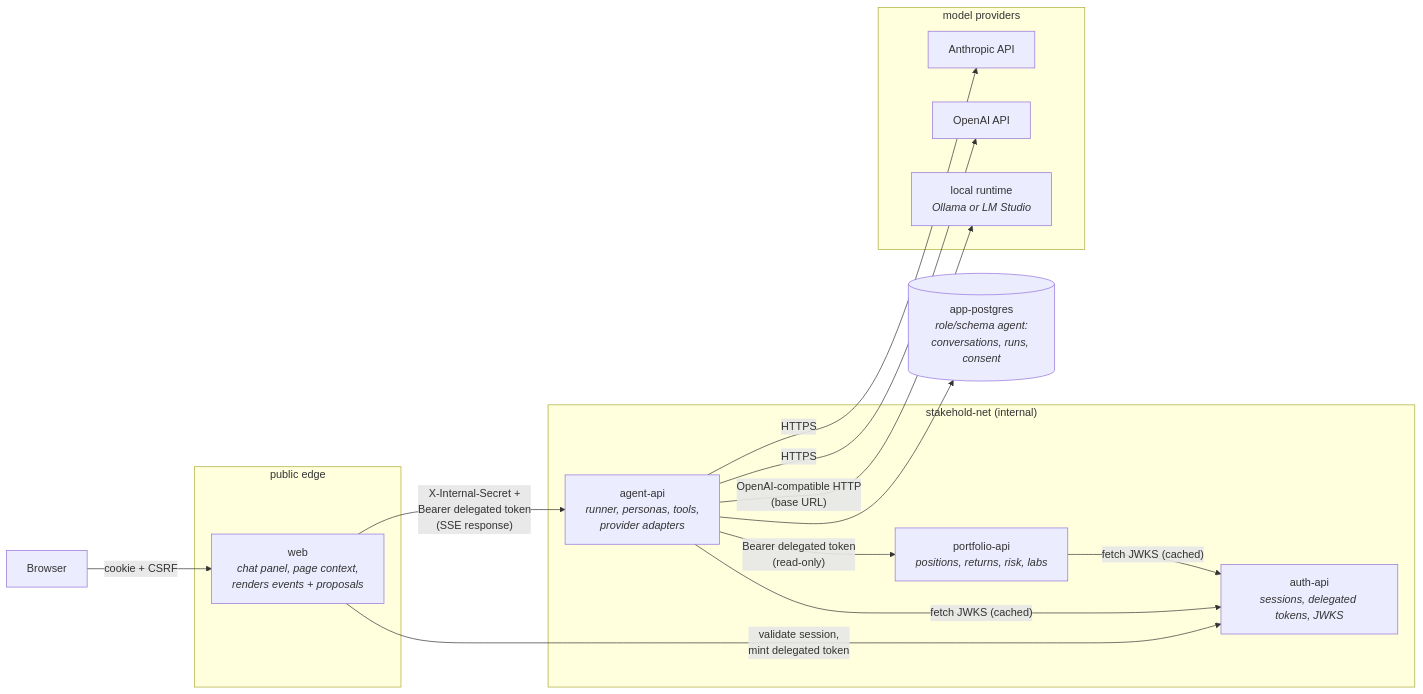
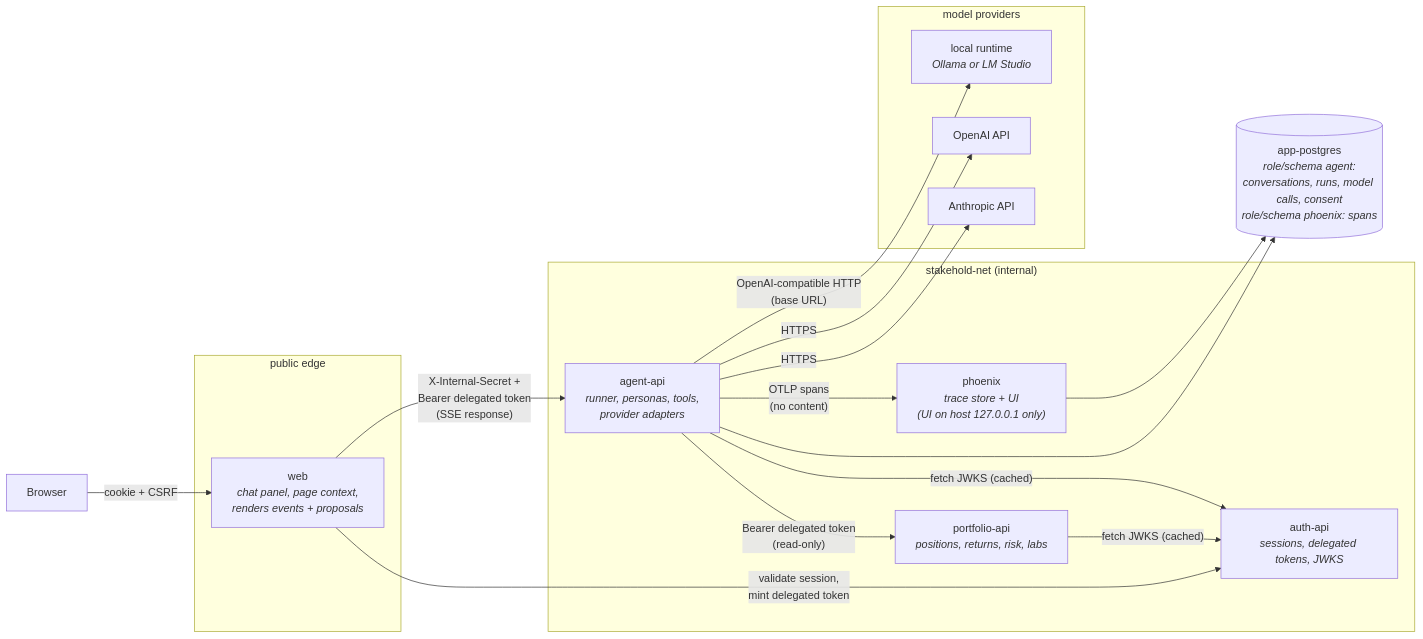
Before and after one commit to jpedropereira/Stakehold: the first of 3 diagrams in services/agent/docs/architecture.md, drawn with Mermaid. The commit also changed other lines of this file and 5 other files, not shown here.

````diff
--- a/services/agent/docs/architecture.md
+++ b/services/agent/docs/architecture.md
@@ -52,33 +52,36 @@
 ```mermaid
 flowchart LR
     B["Browser"]
 
     subgraph pub["public edge"]
         W["web<br/><i>chat panel, page context,<br/>renders events + proposals</i>"]
     end
 
     subgraph net["stakehold-net (internal)"]
         AU["auth-api<br/><i>sessions, delegated tokens, JWKS</i>"]
         AG["agent-api<br/><i>runner, personas, tools,<br/>provider adapters</i>"]
         PF["portfolio-api<br/><i>positions, returns, risk, labs</i>"]
+        PX["phoenix<br/><i>trace store + UI<br/>(UI on host 127.0.0.1 only)</i>"]
     end
 
-    APPDB[("app-postgres<br/><i>role/schema agent:<br/>conversations, runs, consent</i>")]
+    APPDB[("app-postgres<br/><i>role/schema agent:<br/>conversations, runs, model calls, consent<br/>role/schema phoenix: spans</i>")]
 
     subgraph llm["model providers"]
         AN["Anthropic API"]
         OA["OpenAI API"]
         LO["local runtime<br/><i>Ollama or LM Studio</i>"]
     end
 
     B -->|"cookie + CSRF"| W
     W -->|"validate session,<br/>mint delegated token"| AU
     W -->|"X-Internal-Secret +<br/>Bearer delegated token<br/>(SSE response)"| AG
     AG -->|"Bearer delegated token<br/>(read-only)"| PF
     AG -->|"fetch JWKS (cached)"| AU
     PF -->|"fetch JWKS (cached)"| AU
     AG --> APPDB
+    AG -->|"OTLP spans<br/>(no content)"| PX
+    PX --> APPDB
     AG -->|HTTPS| AN
     AG -->|HTTPS| OA
     AG -->|"OpenAI-compatible HTTP<br/>(base URL)"| LO
 ```
````
